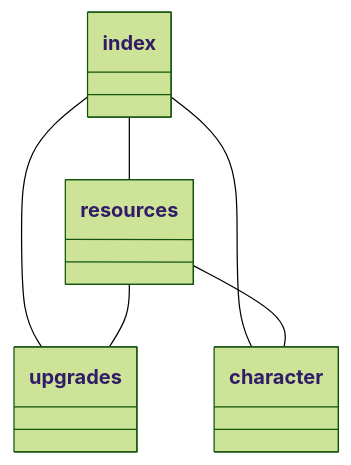
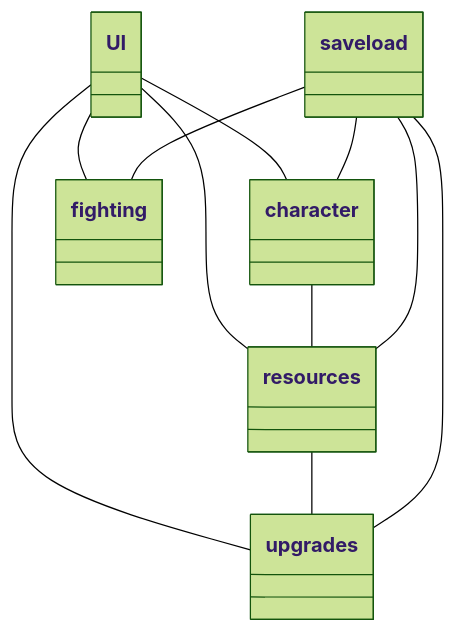
The diagram in misc/dokumentaatio/arkkitehtuuri.md (tassu60kg/ot-harjoitustyo), drawn with Mermaid (forest theme) before and after one commit. The commit also changed other lines of this file, not shown here.

````diff
--- a/misc/dokumentaatio/arkkitehtuuri.md
+++ b/misc/dokumentaatio/arkkitehtuuri.md
@@ -2,8 +4,13 @@
 ```mermaid
 classDiagram
-    index -- resources
-    index -- upgrades
-    index -- character
+    UI -- character
+    UI -- fighting
+    UI -- resources
+    UI -- upgrades    
     resources -- upgrades
-    resources -- character
+    character -- resources
+    saveload -- character
+    saveload -- fighting
+    saveload -- resources
+    saveload -- upgrades
 ```
````
